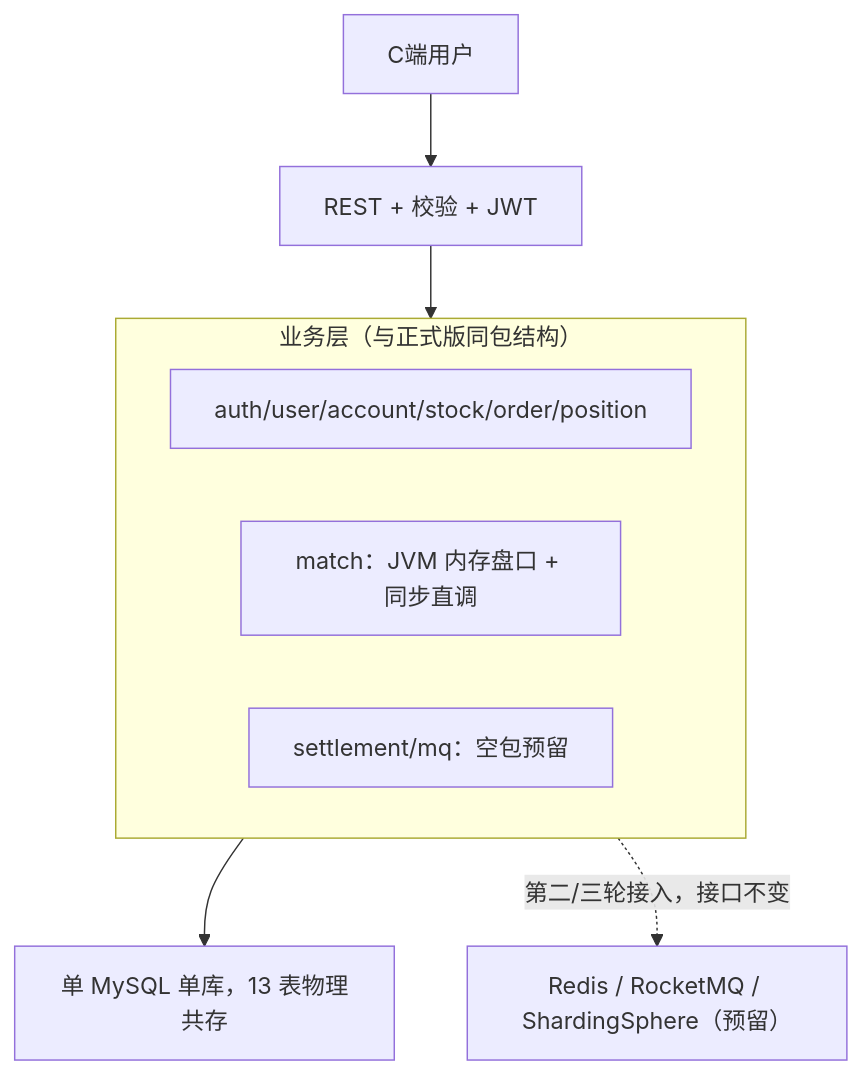
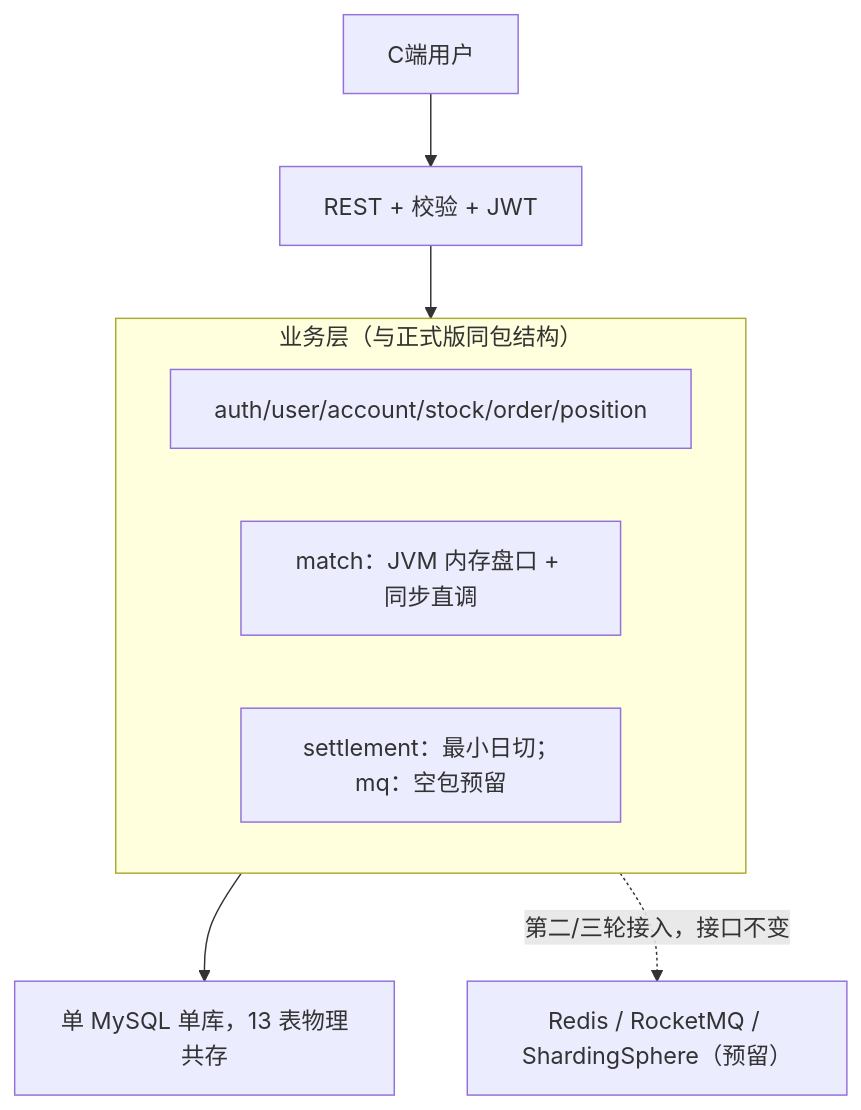
Before and after one commit to zhy-5435/paper-trade: the second of 2 diagrams in docs/02-架构设计.md, drawn with Mermaid. The commit also changed other lines of this file and 20 other files, not shown here.

````diff
--- a/docs/02-架构设计.md
+++ b/docs/02-架构设计.md
@@ -73,11 +73,11 @@
 ```mermaid
 flowchart TB
     C1["C端用户"] --> A1["REST + 校验 + JWT"] --> Biz
     subgraph Biz["业务层（与正式版同包结构）"]
         B1["auth/user/account/stock/order/position"]
         B5["match：JVM 内存盘口 + 同步直调"]
-        B7["settlement/mq：空包预留"]
+        B7["settlement：最小日切；mq：空包预留"]
     end
     Biz --> D1["单 MySQL 单库，13 表物理共存"]
     Biz -. 第二/三轮接入，接口不变 .-> MW["Redis / RocketMQ / ShardingSphere（预留）"]
 ```
````
